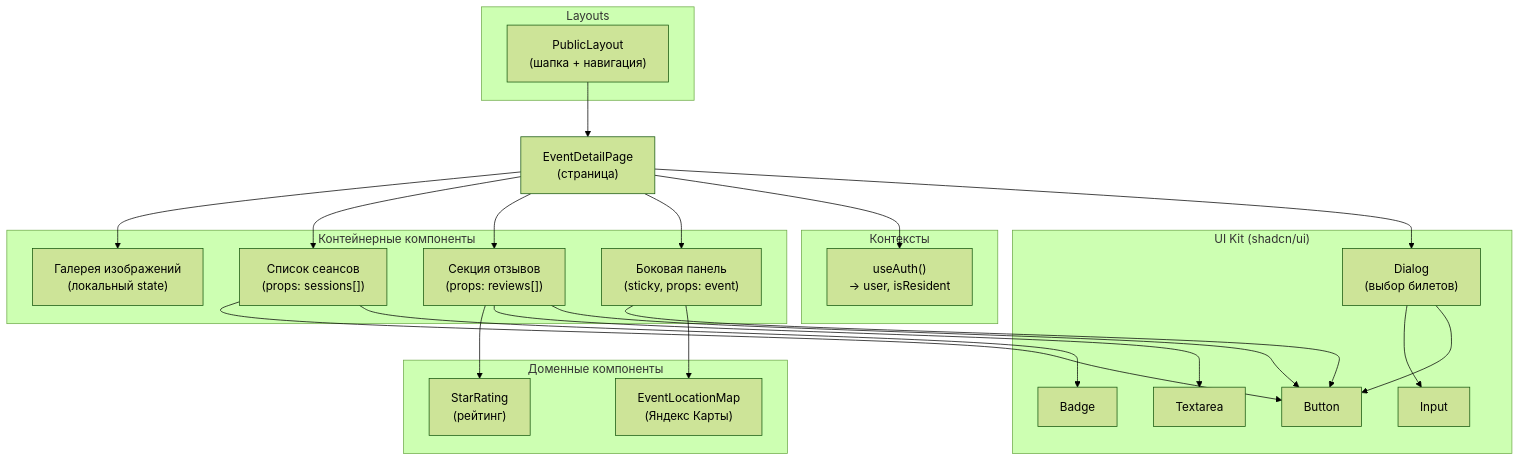
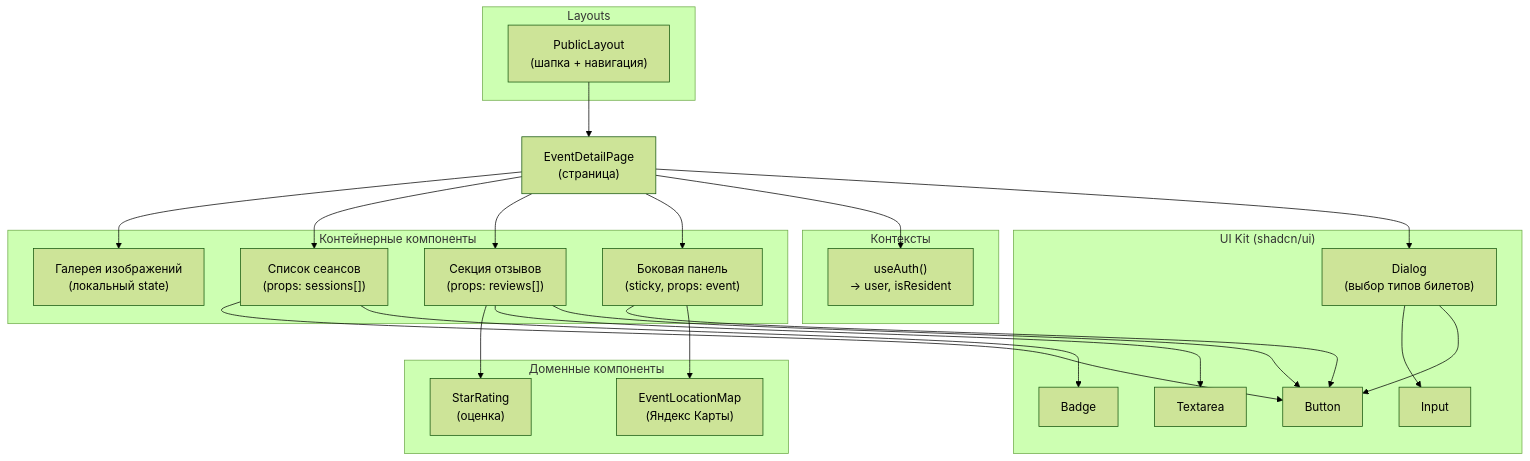
One commit to akarui-shi/festival-app changed diagram 12 of 13 in diplom/diplom.md. Above: the diagram before and after it, drawn with Mermaid (forest theme). The commit also changed other lines of this file, not shown here.

````diff
--- a/diplom/diplom.md
+++ b/diplom/diplom.md
@@ -1948,51 +1953,50 @@
 ```mermaid
 graph TD
   EventDetailPage["EventDetailPage\n(страница)"]
 
   subgraph "Layouts"
     PublicLayout["PublicLayout\n(шапка + навигация)"]
   end
 
   subgraph "Контейнерные компоненты"
     Gallery["Галерея изображений\n(локальный state)"]
     SessionList["Список сеансов\n(props: sessions[])"]
     ReviewSection["Секция отзывов\n(props: reviews[])"]
     SidePanel["Боковая панель\n(sticky, props: event)"]
   end
 
   subgraph "UI Kit (shadcn/ui)"
     Button["Button"]
     Badge["Badge"]
-    Dialog["Dialog\n(выбор билетов)"]
+    Dialog["Dialog\n(выбор типов билетов)"]
     Input["Input"]
     Textarea["Textarea"]
   end
 
   subgraph "Доменные компоненты"
-    StarRating["StarRating\n(рейтинг)"]
+    StarRating["StarRating\n(оценка)"]
     EventLocationMap["EventLocationMap\n(Яндекс Карты)"]
   end
 
   subgraph "Контексты"
     AuthCtx["useAuth()\n→ user, isResident"]
   end
 
   PublicLayout --> EventDetailPage
   EventDetailPage --> Gallery
   EventDetailPage --> SessionList
   EventDetailPage --> ReviewSection
   EventDetailPage --> SidePanel
   EventDetailPage --> AuthCtx
 
   SessionList --> Button
   SessionList --> Badge
   ReviewSection --> StarRating
   ReviewSection --> Textarea
   ReviewSection --> Button
   SidePanel --> Button
   SidePanel --> EventLocationMap
   EventDetailPage --> Dialog
   Dialog --> Input
   Dialog --> Button
-
 ```
````
